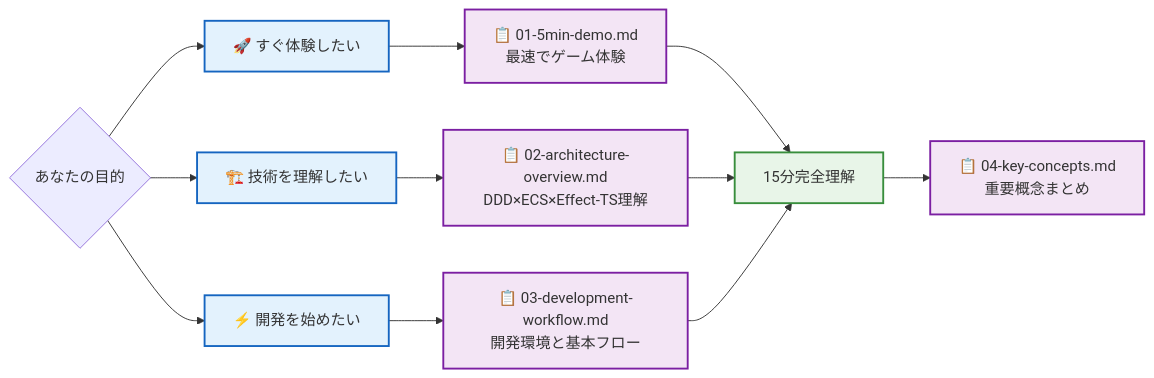
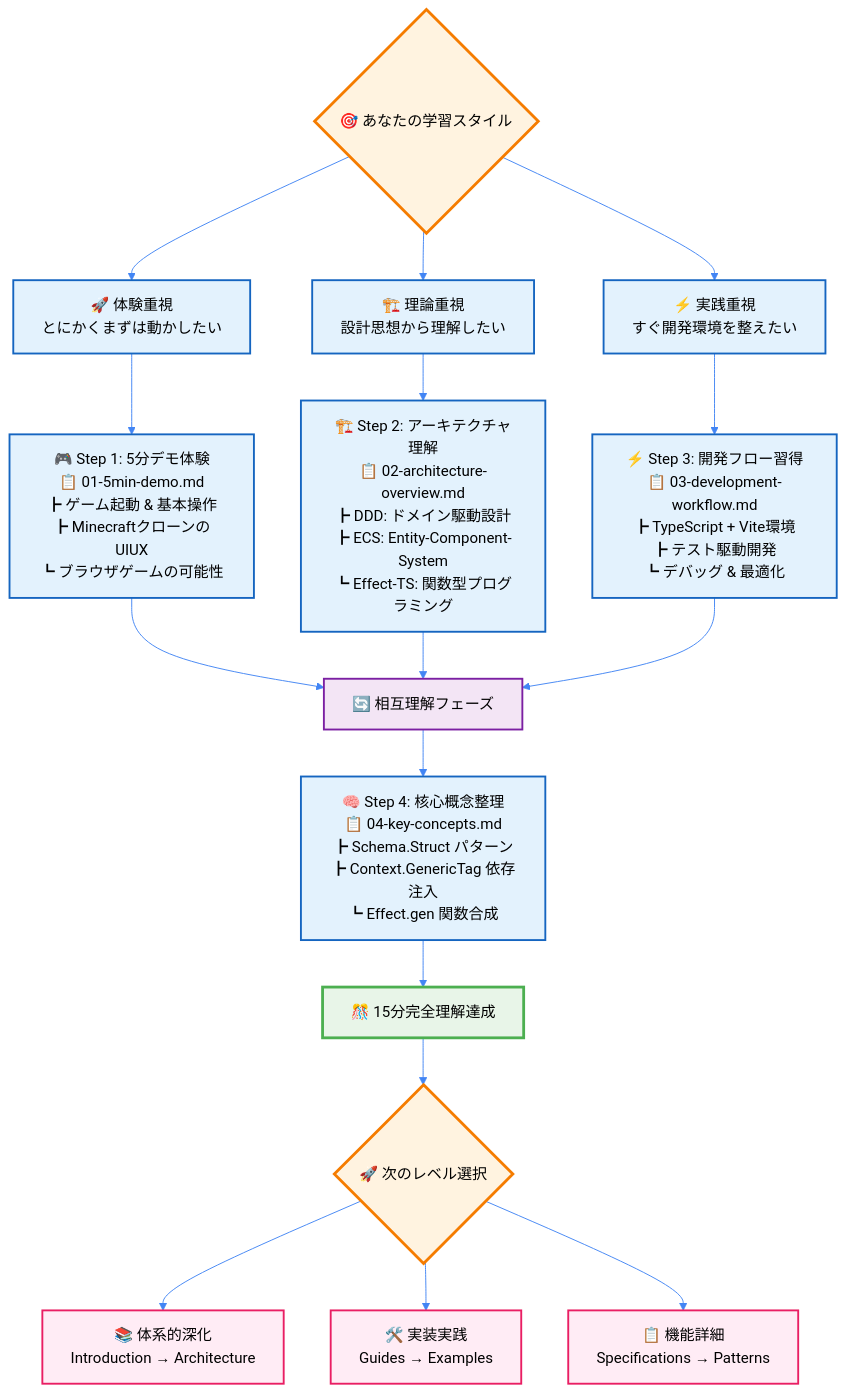
Before and after one commit to takeokunn/ts-minecraft: the third of 4 diagrams in docs/00-quickstart/README.md, drawn with Mermaid. The commit also changed other lines of this file and 106 other files, not shown here.

````diff
--- a/docs/00-quickstart/README.md
+++ b/docs/00-quickstart/README.md
@@ -46,24 +114,38 @@
 ```mermaid
-flowchart LR
-    A{あなたの目的} --> B[🚀 すぐ体験したい]
-    A --> C[🏗️ 技術を理解したい]
-    A --> D[⚡ 開発を始めたい]
+%%{init: {"theme": "neutral", "themeVariables": {"primaryColor": "#4285f4", "primaryTextColor": "#ffffff", "primaryBorderColor": "#ffffff", "lineColor": "#4285f4", "sectionBkgColor": "#f5f7fa", "tertiaryColor": "#f5f7fa"}}}%%
+flowchart TD
+    A{🎯 あなたの学習スタイル} --> B[🚀 体験重視<br/>とにかくまずは動かしたい]
+    A --> C[🏗️ 理論重視<br/>設計思想から理解したい]
+    A --> D[⚡ 実践重視<br/>すぐ開発環境を整えたい]
 
-    B --> B1["📋 01-5min-demo.md<br/>最速でゲーム体験"]
-    C --> C1["📋 02-architecture-overview.md<br/>DDD×ECS×Effect-TS理解"]
-    D --> D1["📋 03-development-workflow.md<br/>開発環境と基本フロー"]
+    B --> B1["🎮 Step 1: 5分デモ体験<br/>📋 01-5min-demo.md<br/>┣ ゲーム起動 & 基本操作<br/>┣ MinecraftクローンのUIUX<br/>┗ ブラウザゲームの可能性"]
 
-    B1 --> E[15分完全理解]
+    C --> C1["🏗️ Step 2: アーキテクチャ理解<br/>📋 02-architecture-overview.md<br/>┣ DDD: ドメイン駆動設計<br/>┣ ECS: Entity-Component-System<br/>┗ Effect-TS: 関数型プログラミング"]
+
+    D --> D1["⚡ Step 3: 開発フロー習得<br/>📋 03-development-workflow.md<br/>┣ TypeScript + Vite環境<br/>┣ テスト駆動開発<br/>┗ デバッグ & 最適化"]
+
+    B1 --> E[🔄 相互理解フェーズ]
     C1 --> E
     D1 --> E
 
-    E --> F["📋 04-key-concepts.md<br/>重要概念まとめ"]
+    E --> F["🧠 Step 4: 核心概念整理<br/>📋 04-key-concepts.md<br/>┣ Schema.Struct パターン<br/>┣ Context.GenericTag 依存注入<br/>┗ Effect.gen 関数合成"]
 
-    classDef route fill:#e3f2fd,stroke:#1565c0,stroke-width:2px
-    classDef doc fill:#f3e5f5,stroke:#7b1fa2,stroke-width:2px
-    classDef goal fill:#e8f5e8,stroke:#388e3c,stroke-width:2px
+    F --> G[🎊 15分完全理解達成]
 
-    class B,C,D route
-    class B1,C1,D1,F doc
-    class E goal
+    G --> H{🚀 次のレベル選択}
+    H --> H1[📚 体系的深化<br/>Introduction → Architecture]
+    H --> H2[🛠️ 実装実践<br/>Guides → Examples]
+    H --> H3[📋 機能詳細<br/>Specifications → Patterns]
+
+    classDef choice fill:#fff3e0,stroke:#f57c00,stroke-width:3px
+    classDef step fill:#e3f2fd,stroke:#1565c0,stroke-width:2px
+    classDef integration fill:#f3e5f5,stroke:#7b1fa2,stroke-width:2px
+    classDef achievement fill:#e8f5e8,stroke:#4caf50,stroke-width:3px
+    classDef next fill:#ffecf5,stroke:#e91e63,stroke-width:2px
+
+    class A,H choice
+    class B,C,D,B1,C1,D1,F step
+    class E integration
+    class G achievement
+    class H1,H2,H3 next
 ```
````
